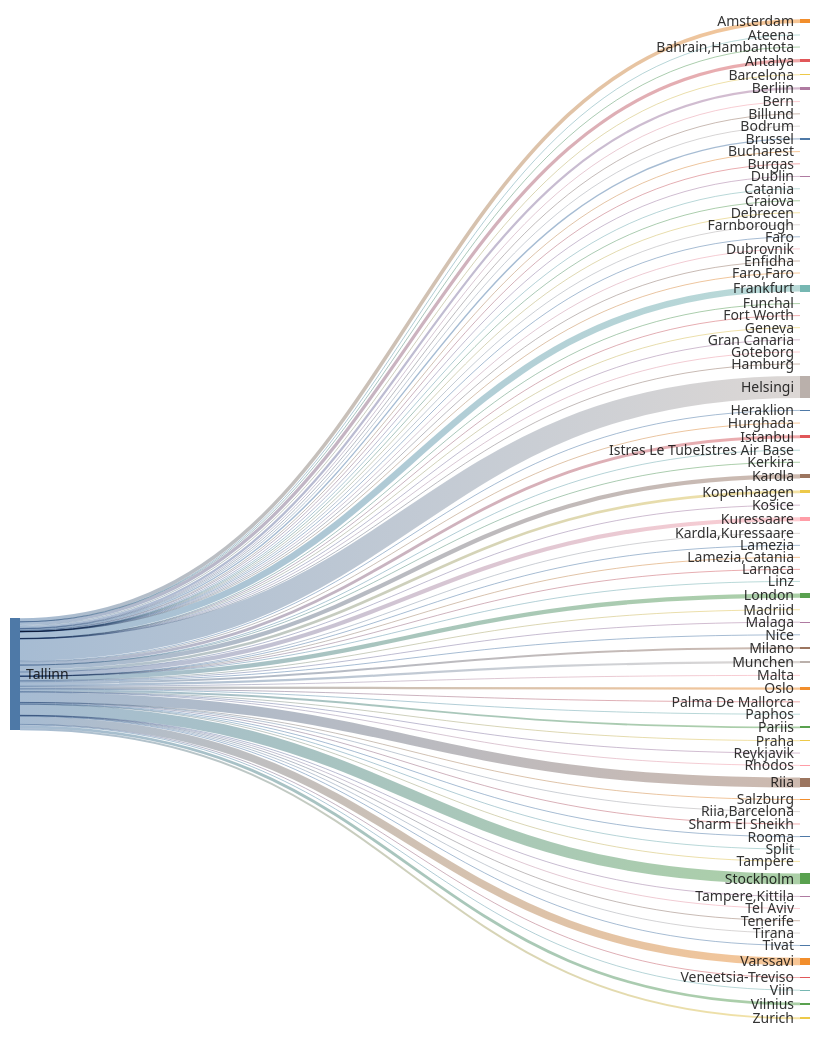
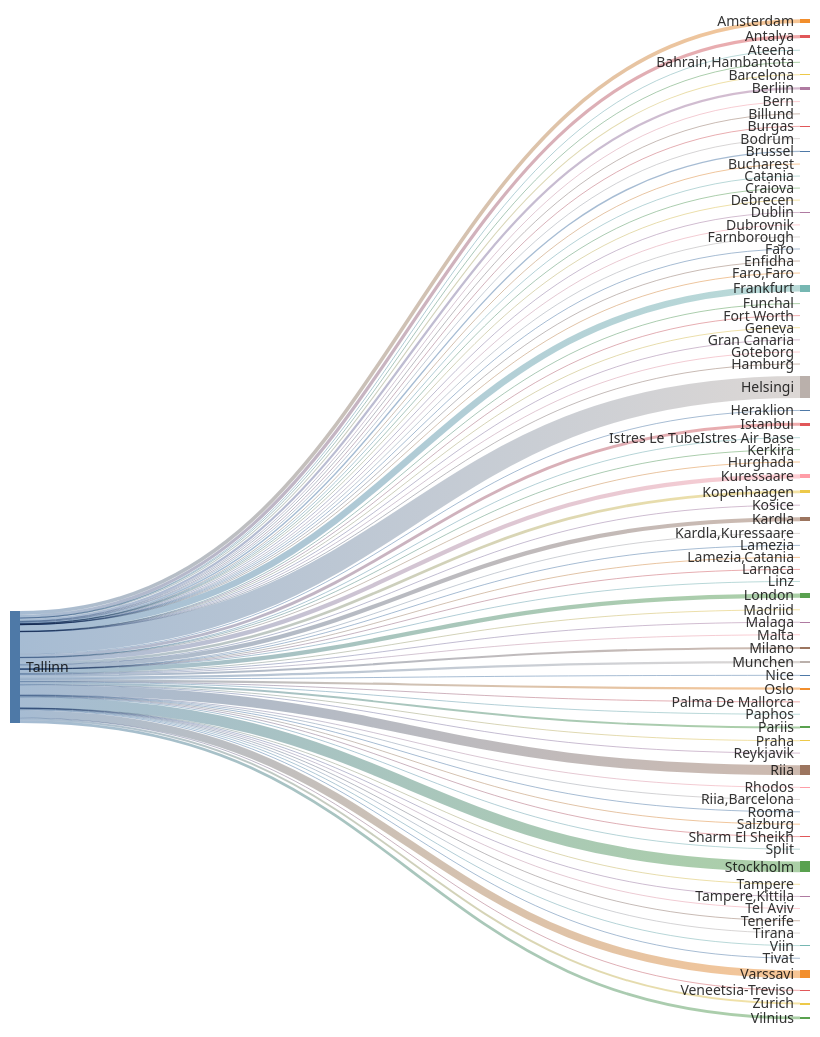
The second of 2 diagrams in README.md (rainermesi/tll-airport-departures), drawn with Mermaid before and after one commit. The commit also changed other lines of this file and 1 other file, not shown here.

````diff
--- a/README.md
+++ b/README.md
@@ -41,18 +41,18 @@
 ---
 sankey-beta
 %% source,target,value
-Tallinn,Amsterdam,479
-Tallinn,Antalya,433
+Tallinn,Amsterdam,481
+Tallinn,Antalya,435
 Tallinn,Ateena,16
 Tallinn,"Bahrain,Hambantota",1
-Tallinn,Barcelona,133
+Tallinn,Barcelona,135
 Tallinn,Berliin,304
 Tallinn,Bern,1
-Tallinn,Billund,76
+Tallinn,Billund,77
 Tallinn,Bodrum,11
 Tallinn,Brussel,186
 Tallinn,Bucharest,1
-Tallinn,Burgas,58
+Tallinn,Burgas,59
 Tallinn,Catania,2
 Tallinn,Craiova,1
 Tallinn,Debrecen,1
@@ -63,59 +63,59 @@
 Tallinn,Faro,4
 Tallinn,"Faro,Faro",1
 Tallinn,Fort Worth,1
-Tallinn,Frankfurt,873
+Tallinn,Frankfurt,876
 Tallinn,Funchal,5
 Tallinn,Geneva,13
 Tallinn,Gran Canaria,38
 Tallinn,Goteborg,2
 Tallinn,Hamburg,2
-Tallinn,Helsingi,2942
-Tallinn,Heraklion,98
+Tallinn,Helsingi,2951
+Tallinn,Heraklion,99
 Tallinn,Hurghada,75
-Tallinn,Istanbul,383
+Tallinn,Istanbul,384
 Tallinn,Istres Le TubeIstres Air Base,2
 Tallinn,Kerkira,4
-Tallinn,Kopenhaagen,361
+Tallinn,Kopenhaagen,363
 Tallinn,Kosice,1
-Tallinn,Kuressaare,558
-Tallinn,Kardla,560
+Tallinn,Kuressaare,559
+Tallinn,Kardla,561
 Tallinn,"Kardla,Kuressaare",1
 Tallinn,Lamezia,1
 Tallinn,"Lamezia,Catania",3
 Tallinn,Larnaca,4
 Tallinn,Linz,2
-Tallinn,London,575
+Tallinn,London,576
 Tallinn,Madriid,3
-Tallinn,Malaga,118
-Tallinn,Malta,28
+Tallinn,Malaga,119
+Tallinn,Malta,29
 Tallinn,Milano,271
 Tallinn,Munchen,299
 Tallinn,Nice,51
 Tallinn,Oslo,298
-Tallinn,Palma De Mallorca,32
+Tallinn,Palma De Mallorca,33
 Tallinn,Paphos,66
 Tallinn,Pariis,256
 Tallinn,Praha,85
 Tallinn,Reykjavik,19
 Tallinn,Rhodos,59
-Tallinn,Riia,1322
+Tallinn,Riia,1326
 Tallinn,"Riia,Barcelona",1
 Tallinn,Rooma,80
 Tallinn,Salzburg,14
 Tallinn,Sharm El Sheikh,102
 Tallinn,Split,52
-Tallinn,Stockholm,1451
+Tallinn,Stockholm,1454
 Tallinn,Tampere,17
 Tallinn,"Tampere,Kittila",21
 Tallinn,Tel Aviv,2
 Tallinn,Tenerife,58
 Tallinn,Tirana,33
 Tallinn,Tivat,65
-Tallinn,Varssavi,1015
+Tallinn,Varssavi,1018
 Tallinn,Veneetsia-Treviso,67
 Tallinn,Viin,106
 Tallinn,Vilnius,368
-Tallinn,Zurich,261
+Tallinn,Zurich,262
 
 
 ```
````
